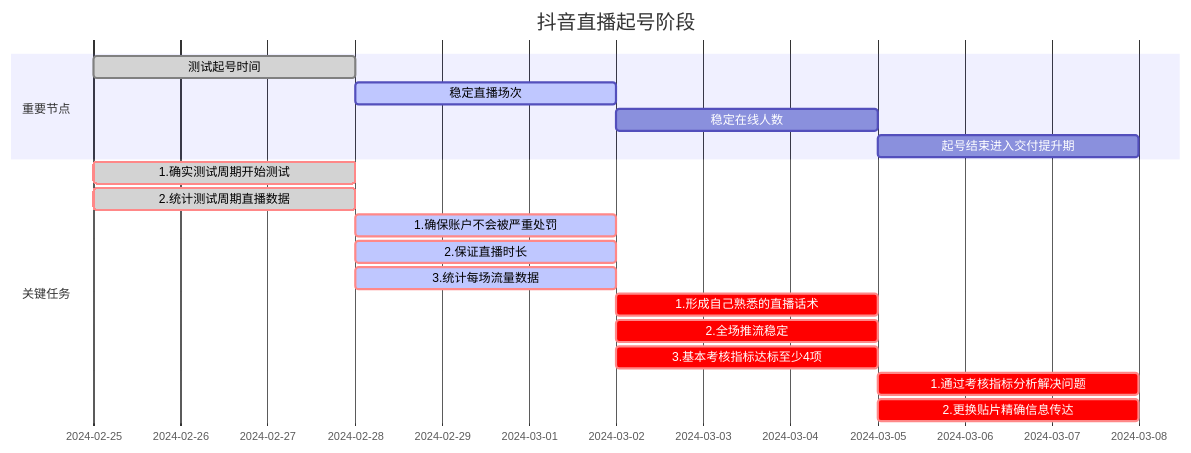
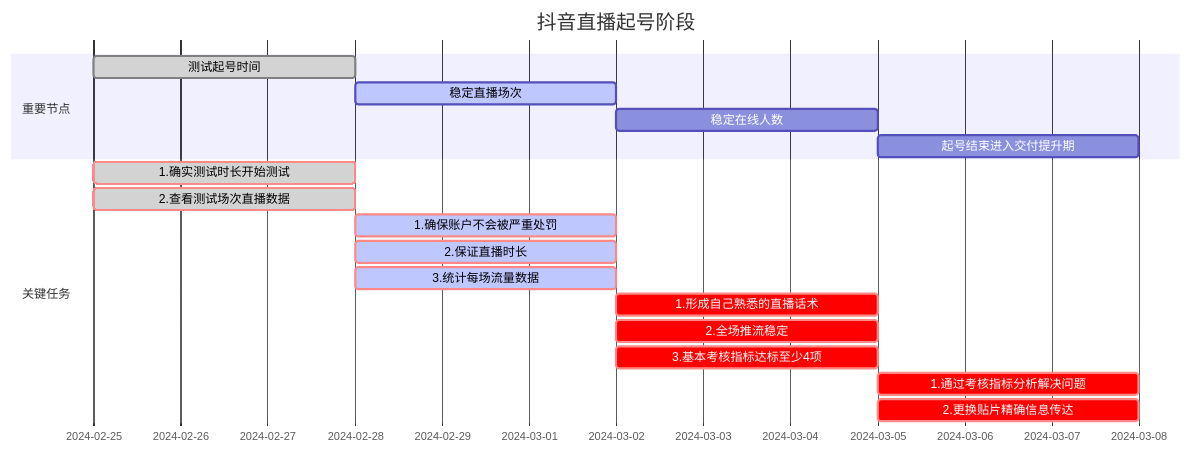
Before and after one commit to TrialFrovoc/everyAI.github.io: the diagram in Writerside/topics/第四课、抖音新账号起号.md, drawn with Mermaid. The commit also changed other lines of this file and 11 other files, not shown here.

````diff
--- a/Writerside/topics/第四课、抖音新账号起号.md
+++ b/Writerside/topics/第四课、抖音新账号起号.md
@@ -13,21 +15,21 @@
 ```mermaid
 gantt
     dateFormat  MM-DD
     title 抖音直播起号阶段
     section 重要节点
     测试起号时间                		:done,    1, 02-25,3d
     稳定直播场次                    :active, 2, after 1, 3d
     稳定在线人数                    :3, after 2, 3d
     起号结束进入交付提升期            :4, after 3, 3d
     section 关键任务
-    1.确实测试周期开始测试                  :crit, done, 02-25, 3d
-    2.统计测试周期直播数据                 	:crit, done, 02-25, 3d
+    1.确实测试时长开始测试                  :crit, done, 02-25, 3d
+    2.查看测试场次直播数据                 	:crit, done, 02-25, 3d
     1.确保账户不会被严重处罚     					 :crit, active, after 1, 3d
     2.保证直播时长     										 :crit, active, after 1, 3d
     3.统计每场流量数据                     :crit, active, after 1, 3d
     1.形成自己熟悉的直播话术               :crit,  after 2,3d
     2.全场推流稳定                       :crit,  after 2,3d
     3.基本考核指标达标至少4项                       :crit,  after 2,3d
     1.通过考核指标分析解决问题                      :crit,after 3,3d
     2.更换贴片精确信息传达                      :crit,after 3, 3d
 ```
````
